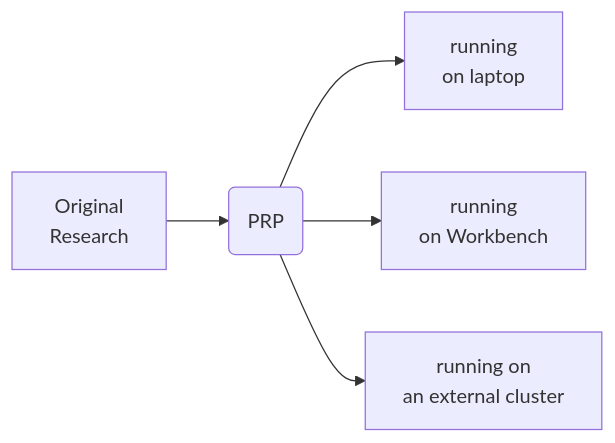
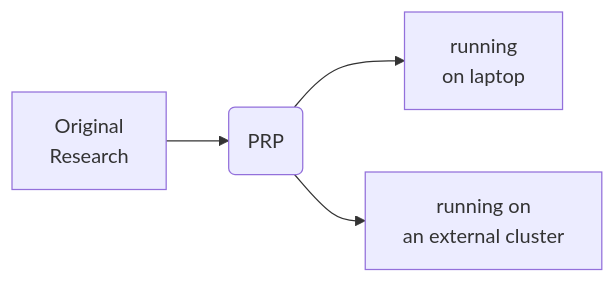
The first of 2 diagrams in 01-notebook_to_cluster.qmd (erwinlares/notebook-to-cluster), drawn with Mermaid before and after one commit. The commit also changed other lines of this file, not shown here.

````diff
--- a/01-notebook_to_cluster.qmd
+++ b/01-notebook_to_cluster.qmd
@@ -60,11 +60,11 @@
 ```{mermaid}
 %%| fig-width: 8
 %%| label: fig-roadmap
 
 flowchart LR
   A[Original<br/>Research] --> B(PRP)
   B --> C[running  <br/>on laptop  ]
-  B --> D[running  <br/>on Workbench  ]
+%%  B --> D[running  <br/>on Workbench  ]
   B --> E[running on<br/>an external cluster  ]
 
 ```
````
